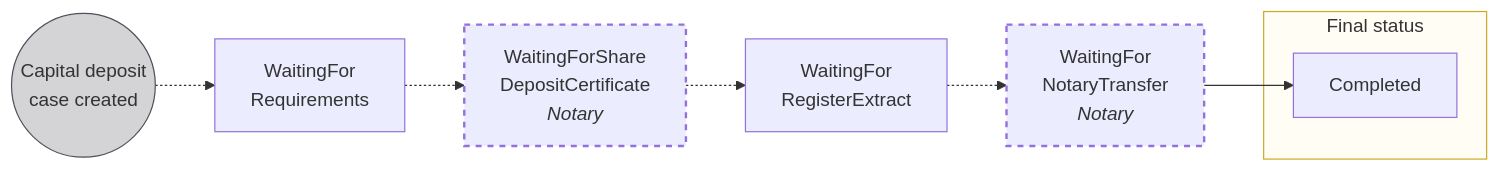
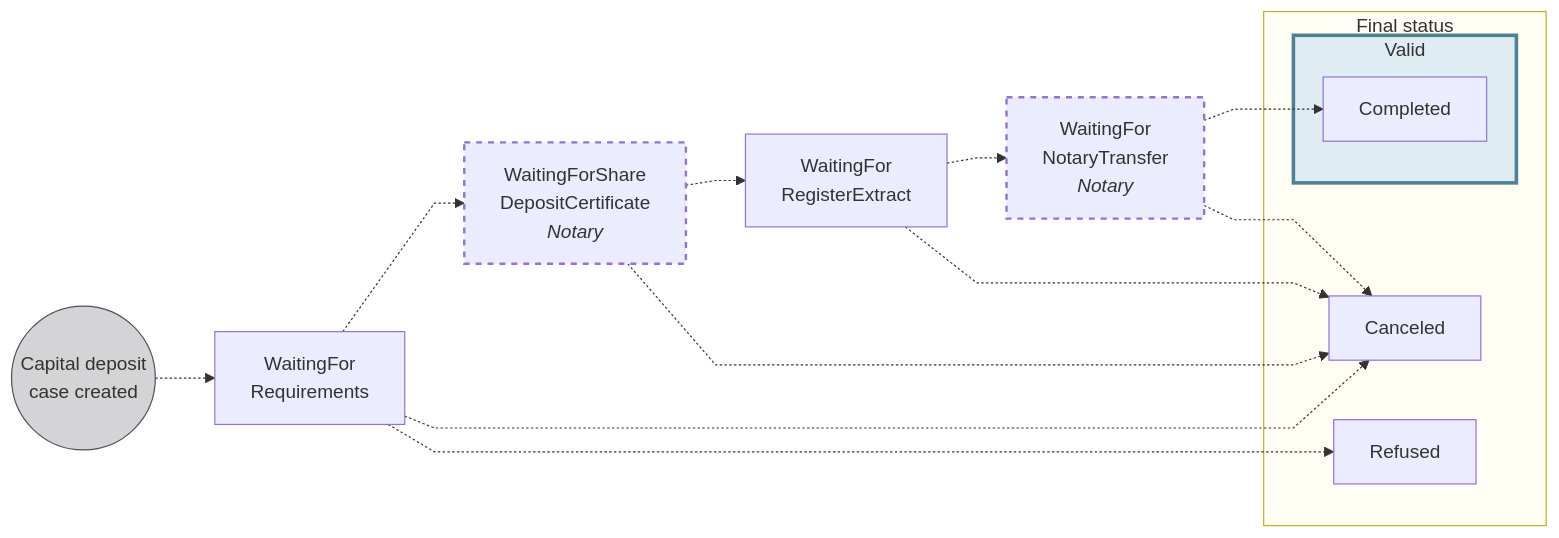
The first of 4 diagrams in docs/topics/capital-deposits/index.mdx (swan-io/docs), drawn with Mermaid before and after one commit. The commit also changed other lines of this file, not shown here.

````diff
--- a/docs/topics/capital-deposits/index.mdx
+++ b/docs/topics/capital-deposits/index.mdx
@@ -38,16 +38,27 @@
 ```mermaid
 %%{ init: { 'flowchart': { 'curve': 'linear' } } }%%
 flowchart LR
     DC((Capital deposit<br/>case created)) -.-> WR[WaitingFor<br/>Requirements]
     WR -.-> WS[WaitingForShare<br/>DepositCertificate<br/><em>Notary</em>]
     WS -.-> WRE[WaitingFor<br/>RegisterExtract]
     WRE -.-> WNT[WaitingFor<br/>NotaryTransfer<br/><em>Notary</em>]
-    WNT --> C[Completed]
+    WNT -.-> CA[Canceled]
+    WRE -.-> CA
+    WS -.-> CA
+    WR -.-> CA
+    WR -.-> R[Refused]
+    WNT -.-> CO[Completed]
+    subgraph V[Valid]
+        CO
+    end
     subgraph F[Final status]
-        C
+        R
+        CA
+        V
     end
     style DC fill:#D4D3D5,stroke:#514F59
     style F fill:#fffdf4,stroke:#cca922
     style WS stroke-width:2px, stroke-dasharray: 5 5
     style WNT stroke-width:2px, stroke-dasharray: 5 5
+    style V fill:#dfedf2,stroke:#4d8296,stroke-width:3px
 ```
````
